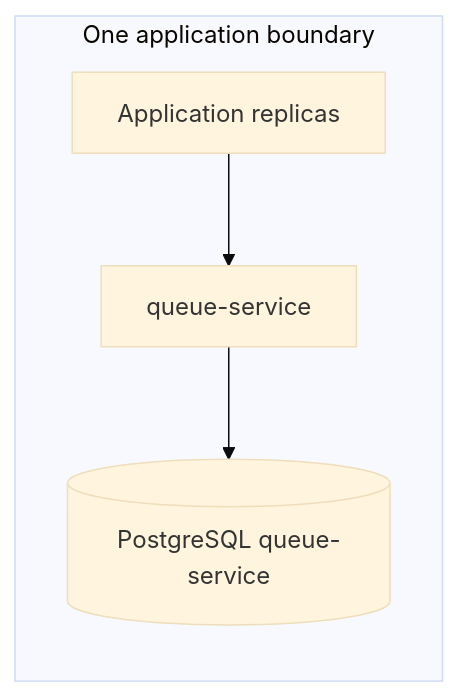
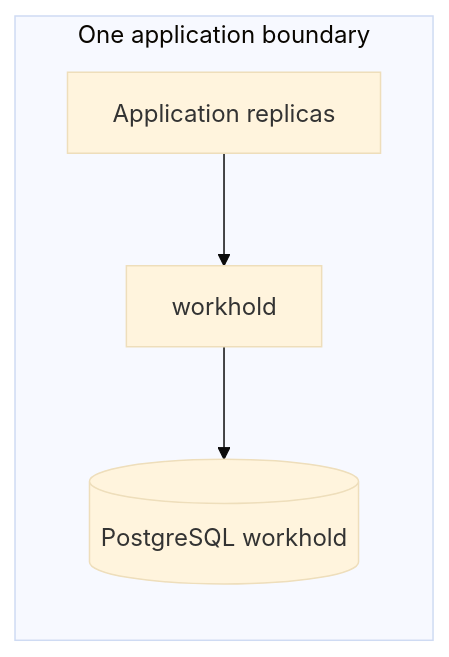
The first of 2 diagrams in docs/01-concepts/01-overview.md (KoninMikhail/workhold-durable-work-queue), drawn with Mermaid (base theme) before and after one commit. The commit also changed other lines of this file and 582 other files, not shown here.

````diff
--- a/docs/01-concepts/01-overview.md
+++ b/docs/01-concepts/01-overview.md
@@ -24,10 +24,10 @@
 ```mermaid
 flowchart LR
   subgraph appBoundary["One application boundary"]
     replicas["Application replicas"]
-    qs["queue-service"]
-    pg[("PostgreSQL queue-service")]
+    qs["workhold"]
+    pg[("PostgreSQL workhold")]
     replicas --> qs
     qs --> pg
   end
 ```
````
